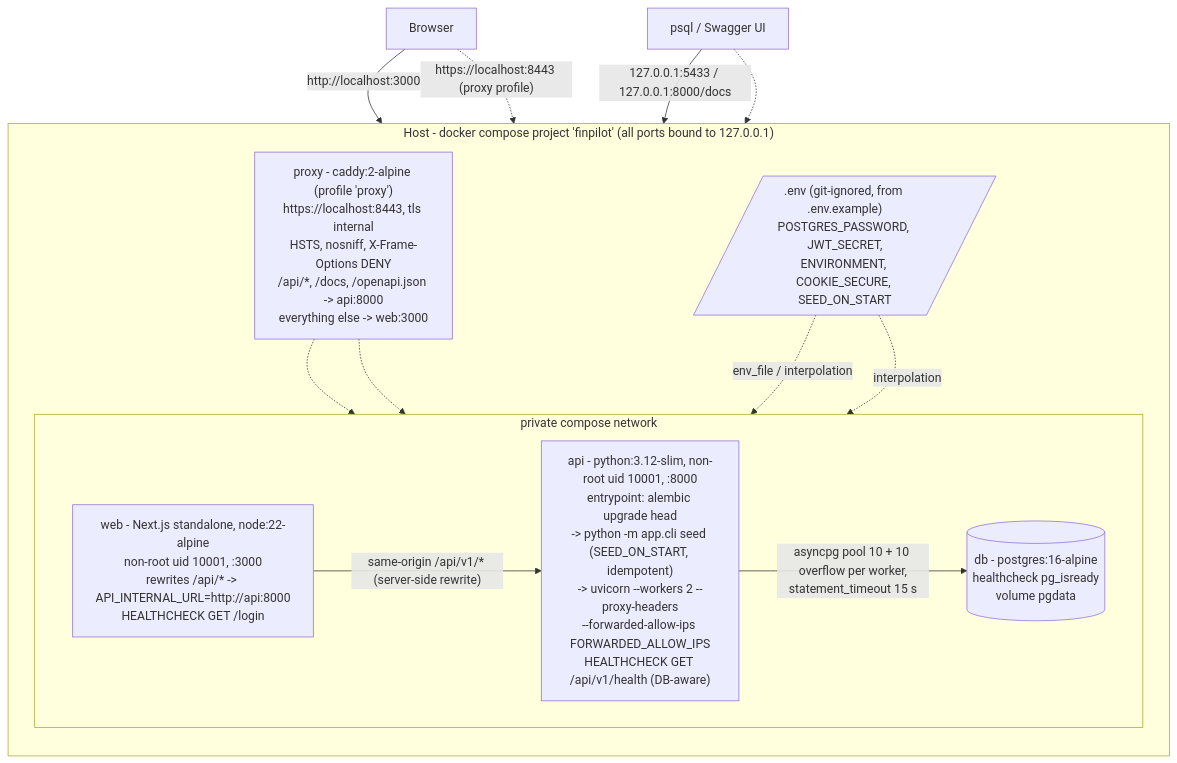
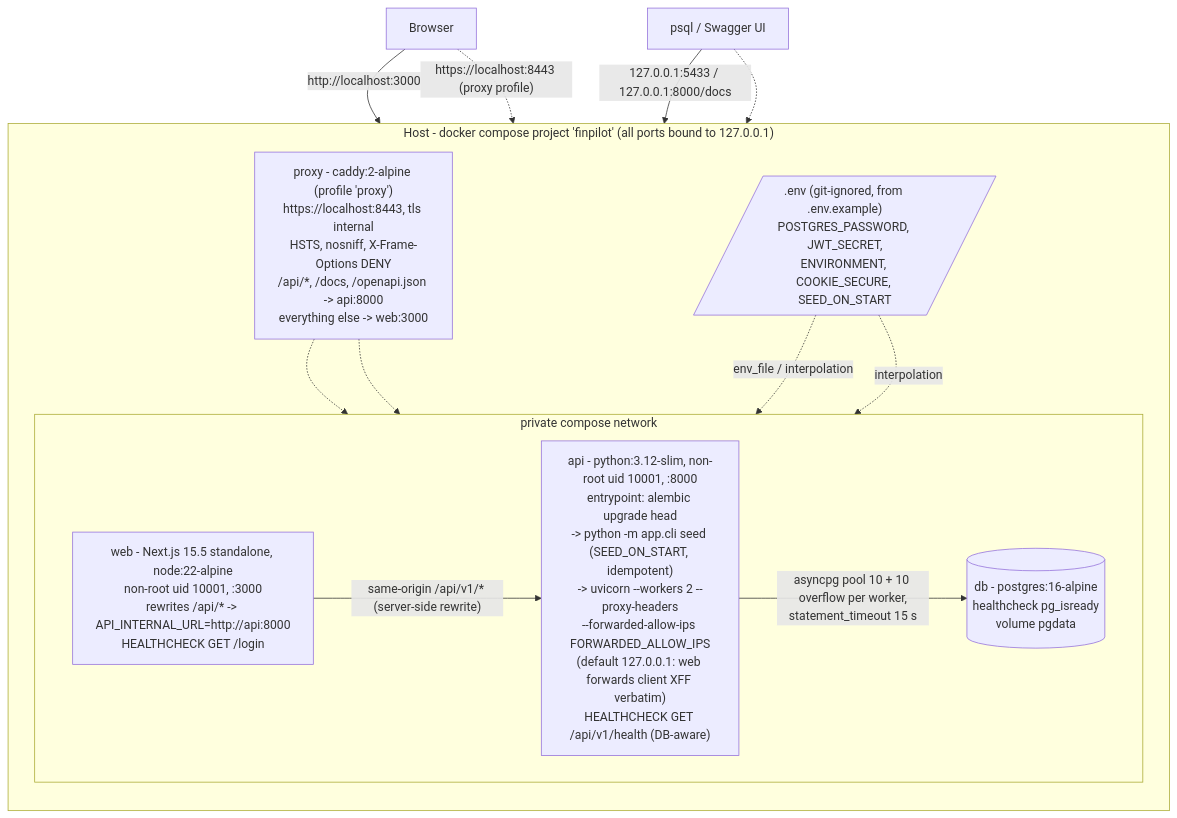
The diagram in docs/architecture/diagrams/deployment.mmd (vijaytectra/finpilot), drawn with Mermaid before and after one commit. The commit also changed 5 other files, not shown here.

Commit message:
docs(arch): show both login budgets, trusted-proxy default and the web CI job in diagrams

```diff
--- a/docs/architecture/diagrams/deployment.mmd
+++ b/docs/architecture/diagrams/deployment.mmd
@@ -1,25 +1,25 @@
 flowchart TB
     browser["Browser"]
 
     subgraph hostm["Host - docker compose project 'finpilot' (all ports bound to 127.0.0.1)"]
         direction TB
         proxy["proxy - caddy:2-alpine (profile 'proxy')<br/>https://localhost:8443, tls internal<br/>HSTS, nosniff, X-Frame-Options DENY<br/>/api/*, /docs, /openapi.json -> api:8000<br/>everything else -> web:3000"]
         subgraph net["private compose network"]
             direction LR
-            web["web - Next.js standalone, node:22-alpine<br/>non-root uid 10001, :3000<br/>rewrites /api/* -> API_INTERNAL_URL=http://api:8000<br/>HEALTHCHECK GET /login"]
-            api["api - python:3.12-slim, non-root uid 10001, :8000<br/>entrypoint: alembic upgrade head<br/>-> python -m app.cli seed (SEED_ON_START, idempotent)<br/>-> uvicorn --workers 2 --proxy-headers<br/>--forwarded-allow-ips FORWARDED_ALLOW_IPS<br/>HEALTHCHECK GET /api/v1/health (DB-aware)"]
+            web["web - Next.js 15.5 standalone, node:22-alpine<br/>non-root uid 10001, :3000<br/>rewrites /api/* -> API_INTERNAL_URL=http://api:8000<br/>HEALTHCHECK GET /login"]
+            api["api - python:3.12-slim, non-root uid 10001, :8000<br/>entrypoint: alembic upgrade head<br/>-> python -m app.cli seed (SEED_ON_START, idempotent)<br/>-> uvicorn --workers 2 --proxy-headers<br/>--forwarded-allow-ips FORWARDED_ALLOW_IPS<br/>(default 127.0.0.1: web forwards client XFF verbatim)<br/>HEALTHCHECK GET /api/v1/health (DB-aware)"]
             db[("db - postgres:16-alpine<br/>healthcheck pg_isready<br/>volume pgdata")]
         end
         envf[/".env (git-ignored, from .env.example)<br/>POSTGRES_PASSWORD, JWT_SECRET,<br/>ENVIRONMENT, COOKIE_SECURE, SEED_ON_START"/]
     end
 
     browser -- "http://localhost:3000" --> web
     browser -. "https://localhost:8443 (proxy profile)" .-> proxy
     proxy -.-> web
     proxy -.-> api
     web -- "same-origin /api/v1/* (server-side rewrite)" --> api
     api -- "asyncpg pool 10 + 10 overflow per worker,<br/>statement_timeout 15 s" --> db
     envf -. "env_file / interpolation" .-> api
     envf -. "interpolation" .-> db
     tools["psql / Swagger UI"] -- "127.0.0.1:5433 / 127.0.0.1:8000/docs" --> db
     tools -.-> api
```
